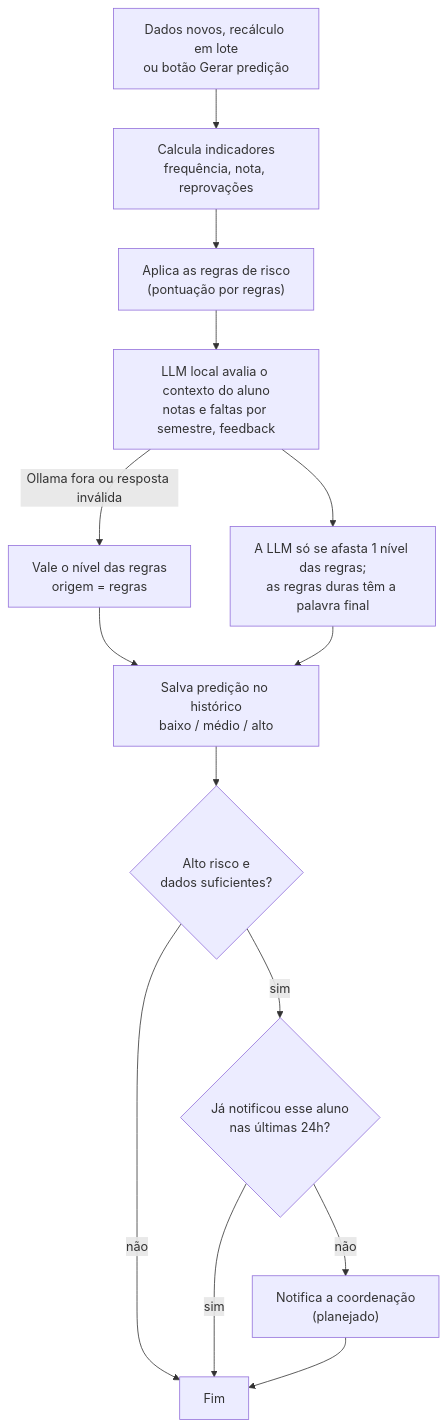
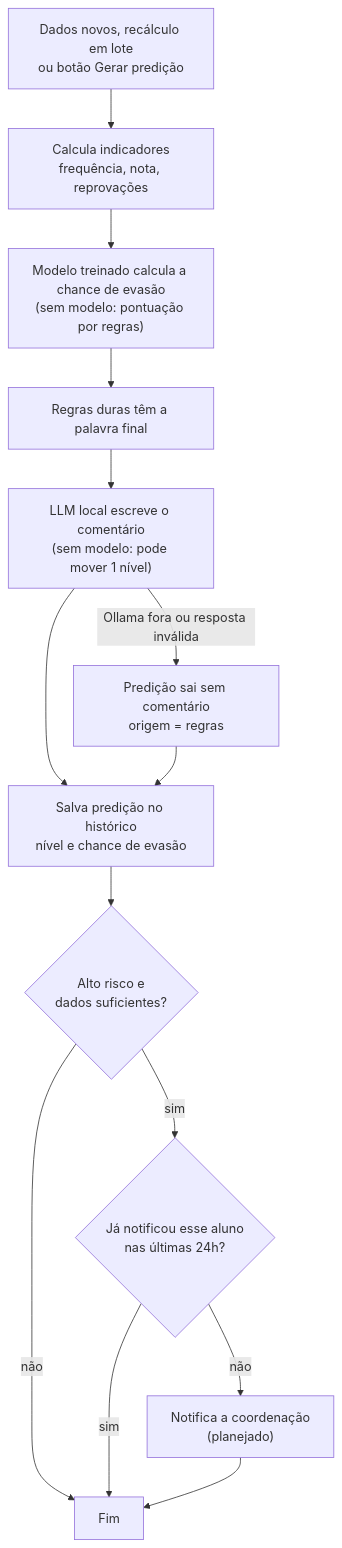
The third of 4 diagrams in readme.md (DiegoGDutra/Projeto-Espiada), drawn with Mermaid before and after one commit. The commit also changed other lines of this file and 15 other files, not shown here.

Commit message:
implementação de treinamento do modelo preditivo, porcentagem de risco

````diff
--- a/readme.md
+++ b/readme.md
@@ -266,15 +304,15 @@
 ```mermaid
 flowchart TD
     N["Dados novos, recálculo em lote<br/>ou botão Gerar predição"] --> I["Calcula indicadores<br/>frequência, nota, reprovações"]
-    I --> R["Aplica as regras de risco<br/>(pontuação por regras)"]
-    R --> L["LLM local avalia o contexto do aluno<br/>notas e faltas por semestre, feedback"]
-    L -->|Ollama fora ou resposta inválida| R2["Vale o nível das regras<br/>origem = regras"]
-    L --> D1["A LLM só se afasta 1 nível das regras;<br/>as regras duras têm a palavra final"]
-    R2 --> S
-    D1 --> S["Salva predição no histórico<br/>baixo / médio / alto"]
+    I --> R["Modelo treinado calcula a chance de evasão<br/>(sem modelo: pontuação por regras)"]
+    R --> H["Regras duras têm a palavra final"]
+    H --> L["LLM local escreve o comentário<br/>(sem modelo: pode mover 1 nível)"]
+    L -->|Ollama fora ou resposta inválida| R2["Predição sai sem comentário<br/>origem = regras"]
+    L --> S
+    R2 --> S["Salva predição no histórico<br/>nível e chance de evasão"]
     S --> Q{"Alto risco e<br/>dados suficientes?"}
     Q -->|não| F["Fim"]
     Q -->|sim| D{"Já notificou esse aluno<br/>nas últimas 24h?"}
     D -->|sim| F
     D -->|não| W["Notifica a coordenação<br/>(planejado)"] --> F
 ```
````
